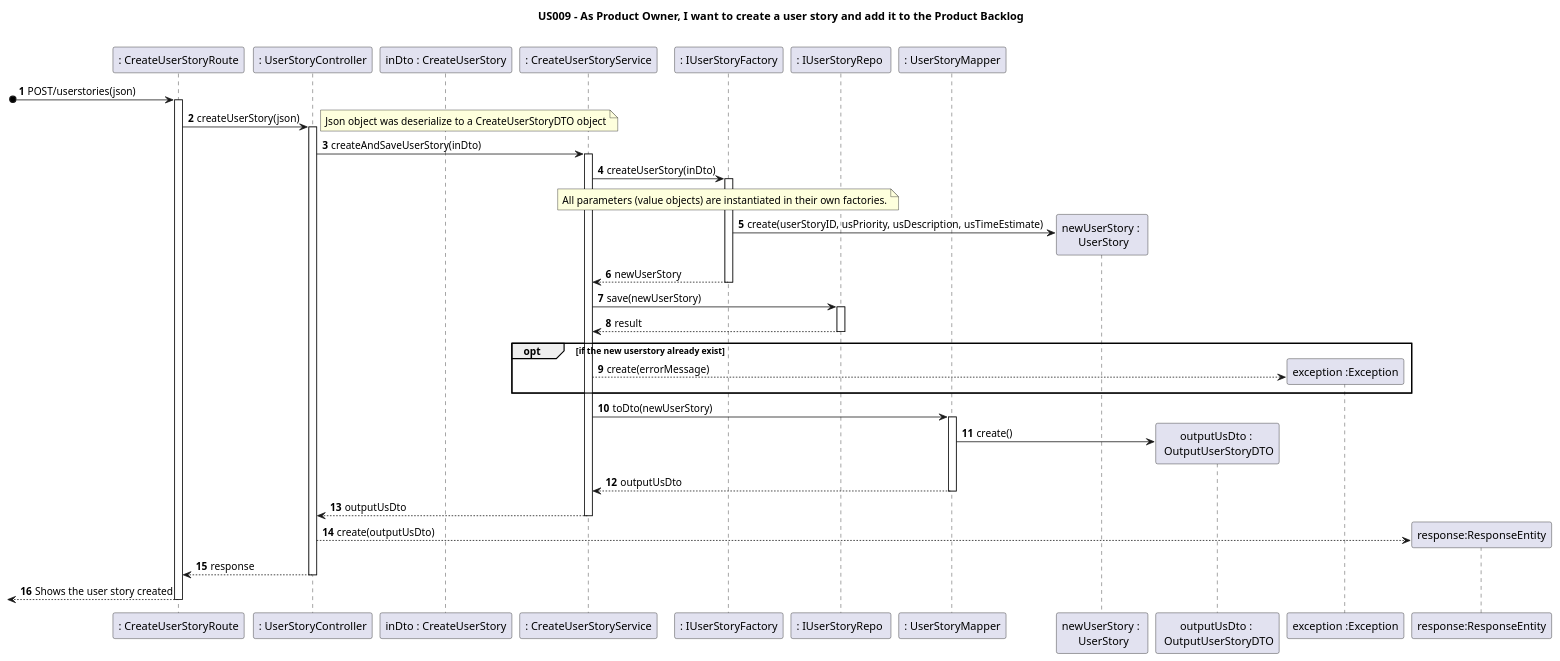
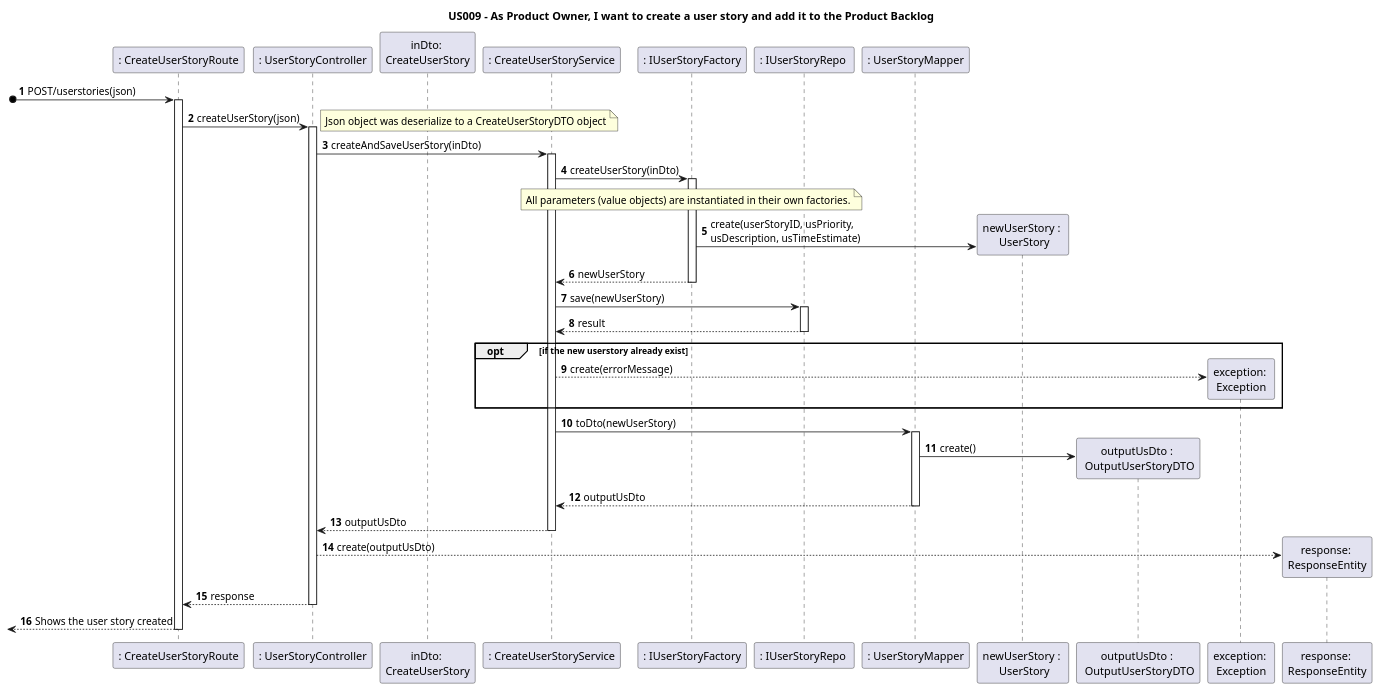
Before and after one commit to nunogon1211787/projectManagement: the diagram in docs/Sprint1/US009/US009RE-SD.puml, drawn with PlantUML. The commit also changed 12 other files, not shown here.

```diff
--- a/docs/Sprint1/US009/US009RE-SD.puml
+++ b/docs/Sprint1/US009/US009RE-SD.puml
@@ -1,50 +1,50 @@
 @startuml
 'https://plantuml.com/sequence-diagram
 
 title US009 - As Product Owner, I want to create a user story and add it to the Product Backlog
 
 autoactivate on
 autonumber
 
 
 participant ": CreateUserStoryRoute" as System
 participant ": UserStoryController" as Ctrl
-participant "inDto : CreateUserStory" as dto
+participant "inDto: \nCreateUserStory" as dto
 participant ": CreateUserStoryService" as appService
 participant ": IUserStoryFactory" as factory
 participant ": IUserStoryRepo " as usStore
 participant ": UserStoryMapper" as usMapper
 participant "newUserStory : \n UserStory" as us
 participant "outputUsDto : \n OutputUserStoryDTO" as outDto
-participant "exception :Exception" as exc
-participant "response:ResponseEntity" as json
+participant "exception: \nException" as exc
+participant "response: \nResponseEntity" as json
 
 
 
 [o-> System: POST/userstories(json)
 System -> Ctrl: createUserStory(json)
 note right
 Json object was deserialize to a CreateUserStoryDTO object
 end note
 Ctrl -> appService: createAndSaveUserStory(inDto)
 appService -> factory:  createUserStory(inDto)
 
 note over factory : All parameters (value objects) are instantiated in their own factories.
 
-factory -> us **: create(userStoryID, usPriority, usDescription, usTimeEstimate)
+factory -> us **: create(userStoryID, usPriority, \nusDescription, usTimeEstimate)
 factory --> appService: newUserStory
 
 appService-> usStore: save(newUserStory)
 usStore --> appService : result
 opt if the new userstory already exist
 appService --> exc** : create(errorMessage)
 end
 appService-> usMapper : toDto(newUserStory)
 usMapper-> outDto **:create()
 usMapper --> appService: outputUsDto
 appService --> Ctrl: outputUsDto
 Ctrl --> json**: create(outputUsDto)
 Ctrl --> System: response
 [<--System : Shows the user story created
 
 @enduml
```
